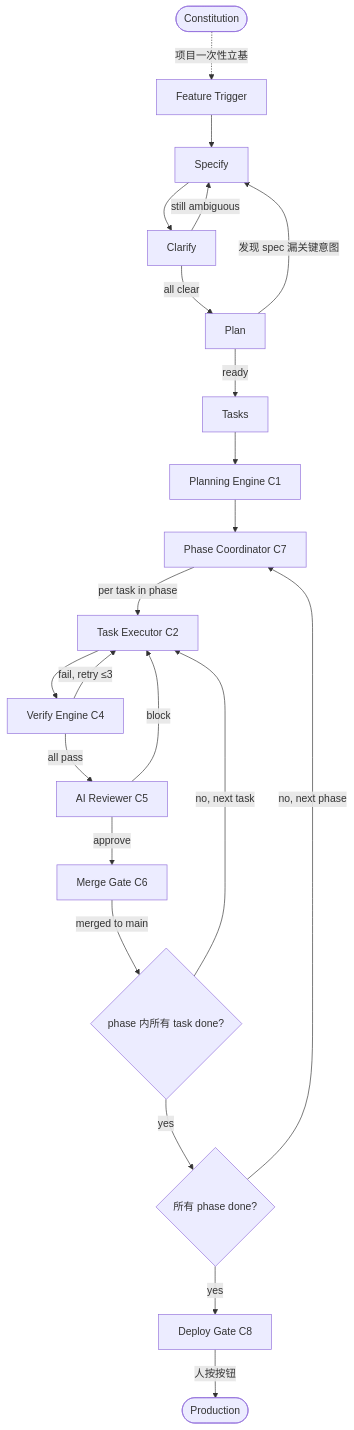
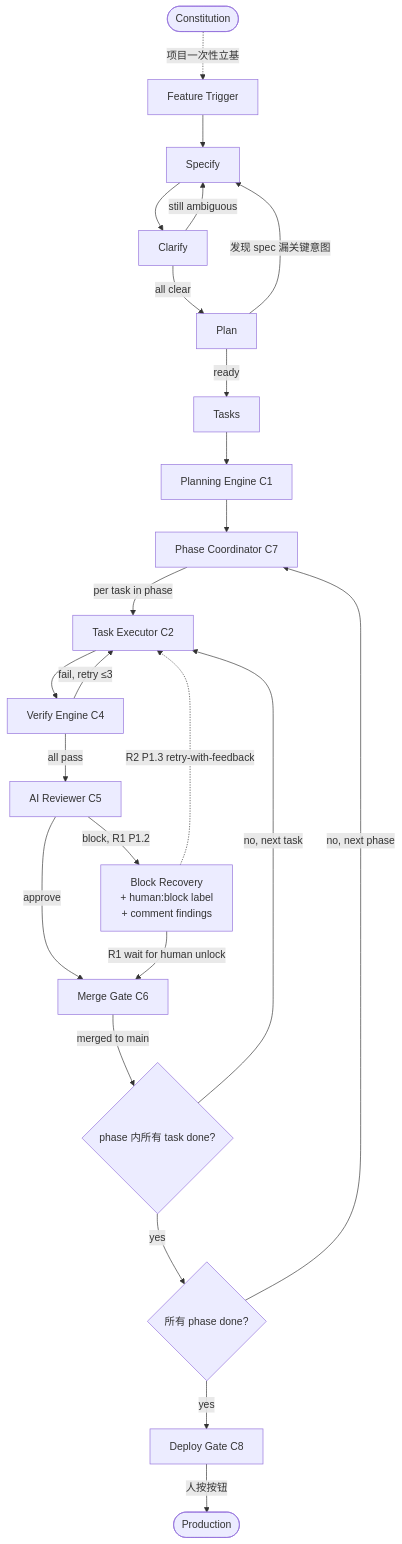
The second of 5 diagrams in docs/sdd/workflows.md (chinaszzt/suiyin-v4), drawn with Mermaid before and after one commit. The commit also changed other lines of this file and 2 other files, not shown here.

````diff
--- a/docs/sdd/workflows.md
+++ b/docs/sdd/workflows.md
@@ -36,24 +36,26 @@
 ```mermaid
 flowchart TD
     A([Constitution]) -.->|项目一次性立基| B
     B[Feature Trigger] --> C[Specify]
     C --> D[Clarify]
     D -->|still ambiguous| C
     D -->|all clear| E[Plan]
     E -->|发现 spec 漏关键意图| C
     E -->|ready| F[Tasks]
     F --> G[Planning Engine C1]
     G --> H[Phase Coordinator C7]
     H -->|per task in phase| I[Task Executor C2]
     I --> J[Verify Engine C4]
     J -->|fail, retry ≤3| I
     J -->|all pass| K[AI Reviewer C5]
-    K -->|block| I
     K -->|approve| L[Merge Gate C6]
+    K -->|block, R1 P1.2| BR[Block Recovery<br/>+ human:block label<br/>+ comment findings]
+    BR -.->|R2 P1.3 retry-with-feedback| I
+    BR -->|R1 wait for human unlock| L
     L -->|merged to main| M{phase 内所有 task done?}
     M -->|no, next task| I
     M -->|yes| N{所有 phase done?}
     N -->|no, next phase| H
     N -->|yes| O[Deploy Gate C8]
     O -->|人按按钮| P([Production])
 ```
````
